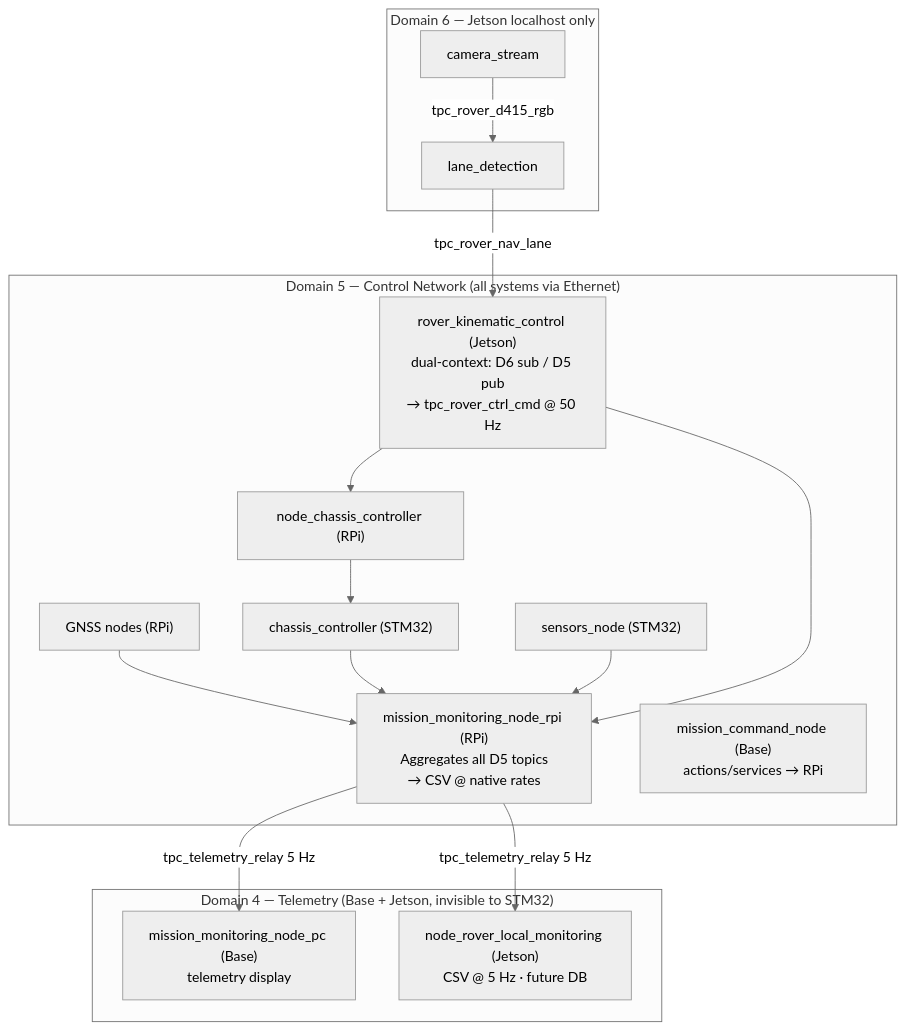
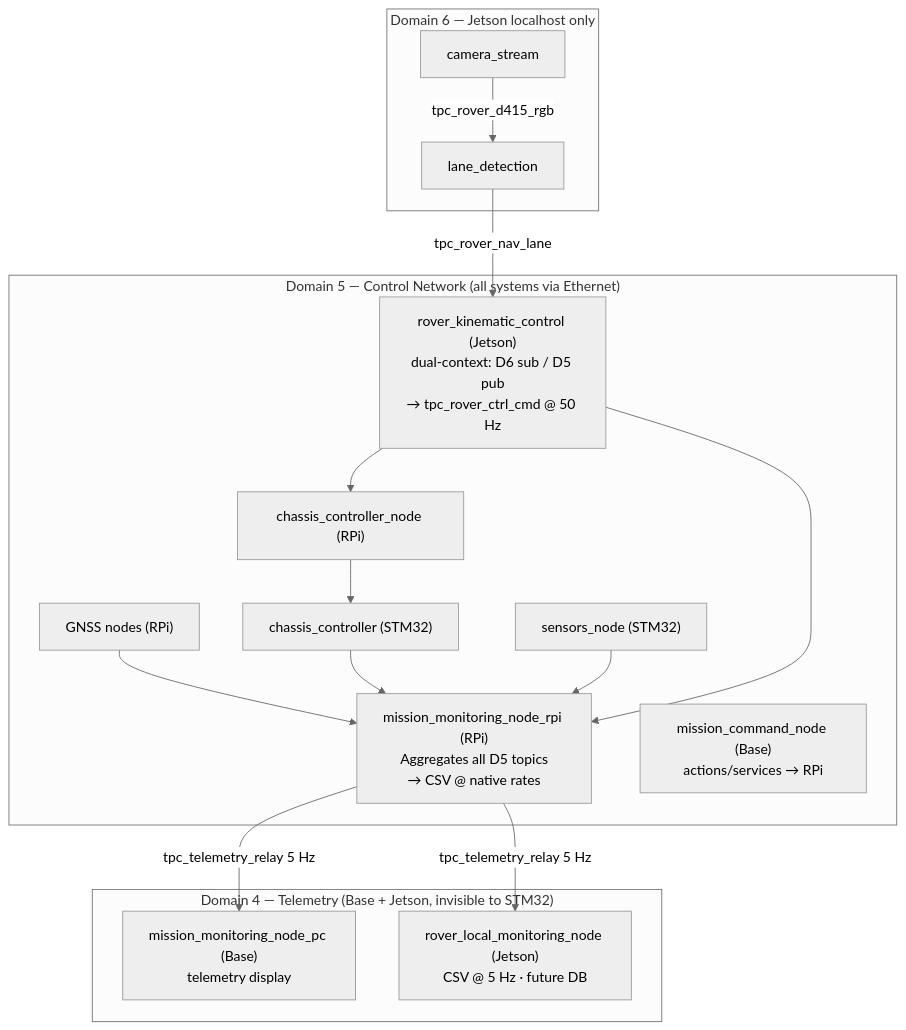
Before and after one commit to RoboticsGG/almondmatcha: the diagram in docs/DOMAINS.md, drawn with Mermaid (neutral theme). The commit also changed other lines of this file and 25 other files, not shown here.

````diff
--- a/docs/DOMAINS.md
+++ b/docs/DOMAINS.md
@@ -15,30 +15,30 @@
 ```mermaid
 flowchart TB
     subgraph D6["Domain 6 — Jetson localhost only"]
         CAM["camera_stream"] -->|tpc_rover_d415_rgb| LANE["lane_detection"]
     end
 
     subgraph D5["Domain 5 — Control Network (all systems via Ethernet)"]
         CTRL["rover_kinematic_control (Jetson)\ndual-context: D6 sub / D5 pub\n→ tpc_rover_ctrl_cmd @ 50 Hz"]
-        CC["node_chassis_controller (RPi)"]
+        CC["chassis_controller_node (RPi)"]
         STM32C["chassis_controller (STM32)"]
         STM32S["sensors_node (STM32)"]
         GNSS["GNSS nodes (RPi)"]
         MON["mission_monitoring_node_rpi (RPi)\nAggregates all D5 topics\n→ CSV @ native rates"]
         CMD["mission_command_node (Base)\nactions/services → RPi"]
     end
 
     subgraph D4["Domain 4 — Telemetry (Base + Jetson, invisible to STM32)"]
         PC["mission_monitoring_node_pc (Base)\ntelemetry display"]
-        JLOG["node_rover_local_monitoring (Jetson)\nCSV @ 5 Hz · future DB"]
+        JLOG["rover_local_monitoring_node (Jetson)\nCSV @ 5 Hz · future DB"]
     end
 
     LANE -->|tpc_rover_nav_lane| CTRL
     CTRL --> CC --> STM32C
     GNSS --> MON
     STM32C --> MON
     STM32S --> MON
     CTRL --> MON
     MON -->|tpc_telemetry_relay 5 Hz| PC
     MON -->|tpc_telemetry_relay 5 Hz| JLOG
 ```
````
